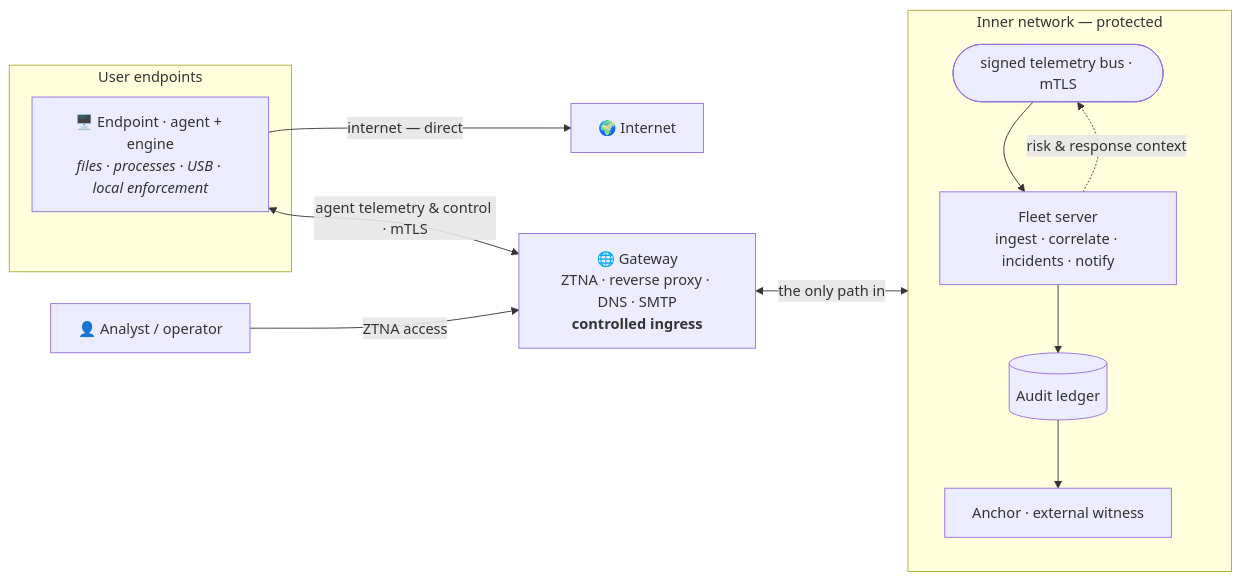
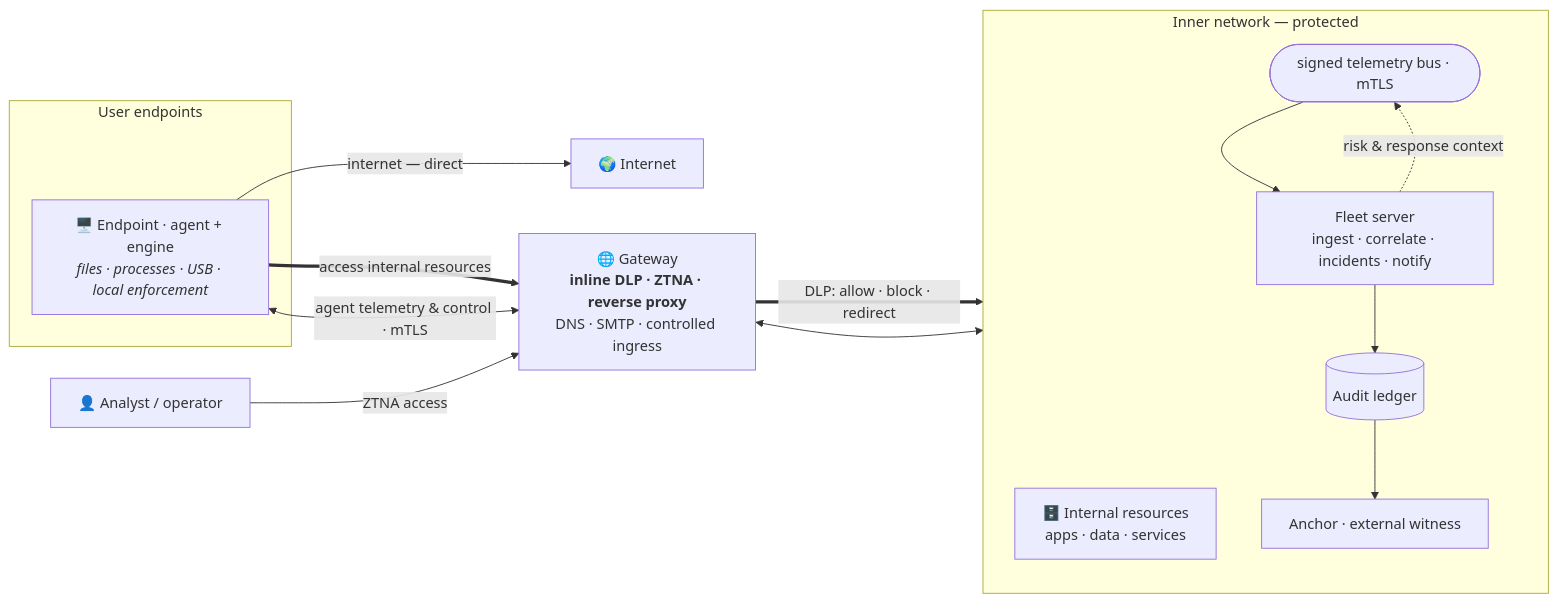
The second of 2 diagrams in README.md (lucianoengel/openshield), drawn with Mermaid before and after one commit. The commit also changed other lines of this file, not shown here.

First line of the commit message:
docs(readme): show the core DLP flow — users reach internal resources via the gateway

````diff
--- a/README.md
+++ b/README.md
@@ -120,28 +121,31 @@
 ```mermaid
 flowchart LR
   NET["🌍 Internet"]
 
   subgraph EDGE["User endpoints"]
     EP["🖥️ Endpoint · agent + engine<br/><i>files · processes · USB · local enforcement</i>"]
   end
 
-  GW["🌐 Gateway<br/>ZTNA · reverse proxy · DNS · SMTP<br/><b>controlled ingress</b>"]
+  GW["🌐 Gateway<br/><b>inline DLP · ZTNA · reverse proxy</b><br/>DNS · SMTP · controlled ingress"]
 
   subgraph INNER["Inner network — protected"]
     direction TB
+    APPS["🗄️ Internal resources<br/>apps · data · services"]
+    SRV["Fleet server<br/>ingest · correlate · incidents · notify"]
     BUS(["signed telemetry bus · mTLS"])
-    SRV["Fleet server<br/>ingest · correlate · incidents · notify"]
     LEDGER[("Audit ledger")]
     ANC["Anchor · external witness"]
   end
 
   OP["👤 Analyst / operator"]
 
   EP -->|"internet — direct"| NET
+  EP ==>|"access internal resources"| GW
+  GW ==>|"DLP: allow · block · redirect"| APPS
   EP <-->|"agent telemetry &amp; control · mTLS"| GW
   OP -->|"ZTNA access"| GW
-  GW <-->|"the only path in"| BUS
+  GW <--> BUS
   BUS --> SRV
   SRV --> LEDGER --> ANC
   SRV -.->|"risk &amp; response context"| BUS
 ```
````
